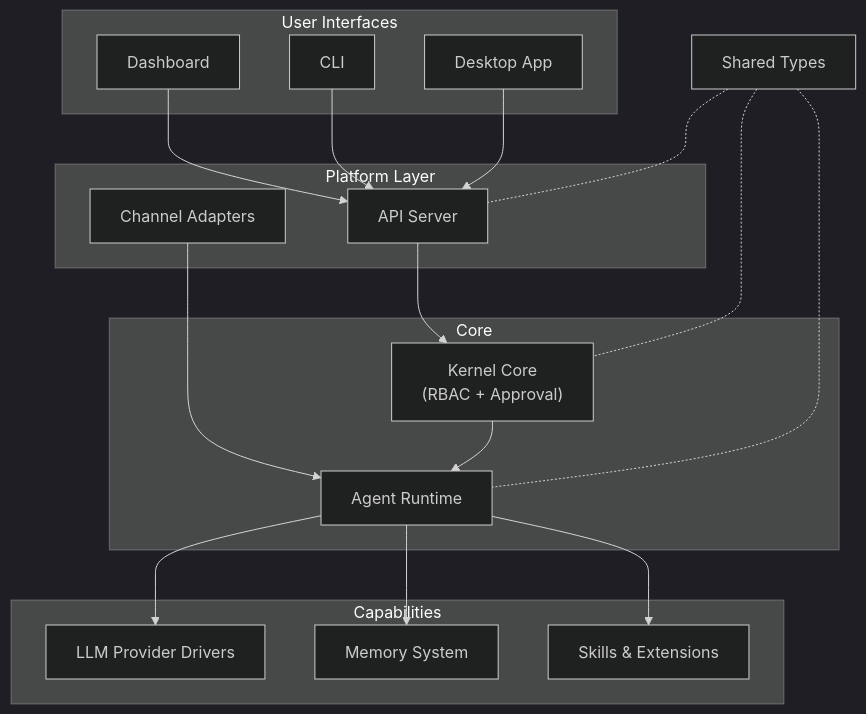
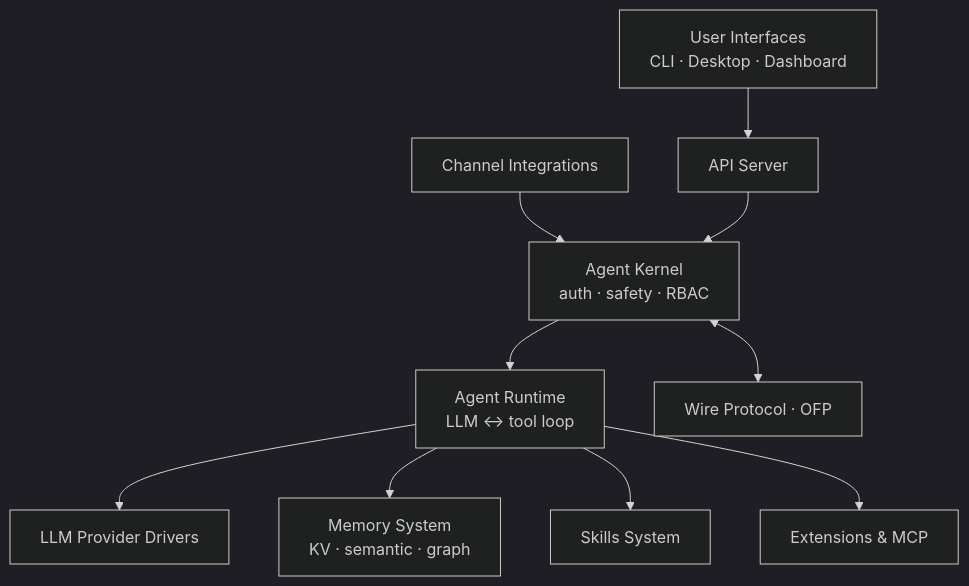
The diagram in overview.md (leszek3737/librefang-WIki), drawn with Mermaid (dark theme) before and after one commit. The commit also changed other lines of this file and 94 other files, not shown here.

````diff
--- a/overview.md
+++ b/overview.md
@@ -11,39 +9,23 @@
 ```mermaid
 graph TD
-    subgraph "User Interfaces"
-        DASH["Dashboard"]
-        CLI["CLI"]
-        DESK["Desktop App"]
-    end
+    UI["User Interfaces<br/>CLI · Desktop · Dashboard"]
+    API["API Server"]
+    Kernel["Agent Kernel<br/>auth · safety · RBAC"]
+    Runtime["Agent Runtime<br/>LLM ↔ tool loop"]
+    LLM["LLM Provider Drivers"]
+    Memory["Memory System<br/>KV · semantic · graph"]
+    Skills["Skills System"]
+    Channels["Channel Integrations"]
+    MCP["Extensions & MCP"]
+    Wire["Wire Protocol · OFP"]
 
-    subgraph "Platform Layer"
-        API["API Server"]
-        CH["Channel Adapters"]
-    end
-
-    subgraph "Core"
-        KC["Kernel Core<br/>(RBAC + Approval)"]
-        AR["Agent Runtime"]
-    end
-
-    subgraph "Capabilities"
-        LLM["LLM Provider Drivers"]
-        MEM["Memory System"]
-        SKILL["Skills & Extensions"]
-    end
-
-    TYPES["Shared Types"]
-
-    DASH --> API
-    CLI --> API
-    DESK --> API
-    CH --> AR
-    API --> KC
-    KC --> AR
-    AR --> LLM
-    AR --> MEM
-    AR --> SKILL
-    TYPES -.- API
-    TYPES -.- AR
-    TYPES -.- KC
+    UI --> API
+    Channels --> Kernel
+    API --> Kernel
+    Kernel --> Runtime
+    Runtime --> LLM
+    Runtime --> Memory
+    Runtime --> Skills
+    Runtime --> MCP
+    Kernel <--> Wire
 ```
````
